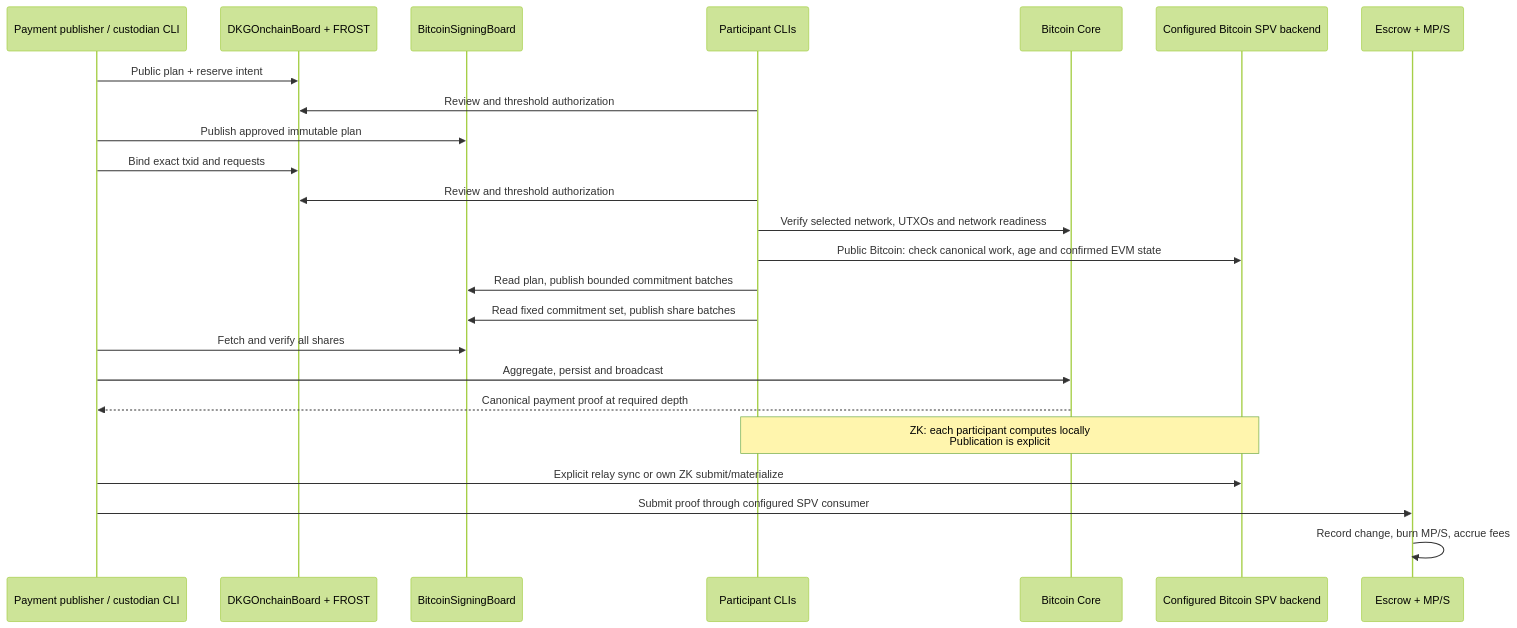
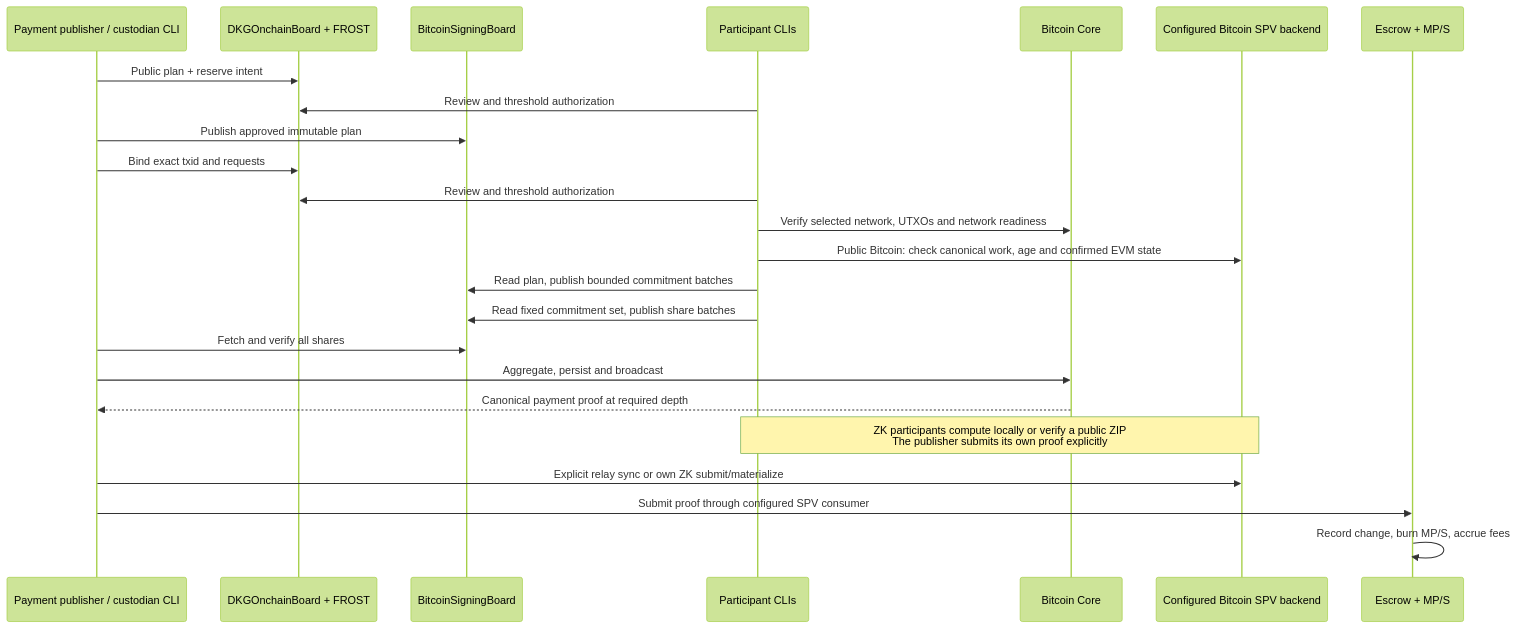
Before and after one commit to SergeyBelets/SatFiSetup: the second of 8 diagrams in docs/ARCHITECTURE.md, drawn with Mermaid (forest theme). The commit also changed other lines of this file and 3468 other files, not shown here.

````diff
--- a/docs/ARCHITECTURE.md
+++ b/docs/ARCHITECTURE.md
@@ -148,28 +156,28 @@
 ```mermaid
 sequenceDiagram
   accTitle: SatoshiFi architecture 2
   accDescr: Implemented component relationships; network and authorization boundaries remain explicit.
   participant O as Payment publisher / custodian CLI
   participant D as DKGOnchainBoard + FROST
   participant B as BitcoinSigningBoard
   participant P as Participant CLIs
   participant C as Bitcoin Core
   participant R as Configured Bitcoin SPV backend
   participant E as Escrow + MP/S
   O->>D: Public plan + reserve intent
   P->>D: Review and threshold authorization
   O->>B: Publish approved immutable plan
   O->>D: Bind exact txid and requests
   P->>D: Review and threshold authorization
   P->>C: Verify selected network, UTXOs and network readiness
   P->>R: Public Bitcoin: check canonical work, age and confirmed EVM state
   P->>B: Read plan, publish bounded commitment batches
   P->>B: Read fixed commitment set, publish share batches
   O->>B: Fetch and verify all shares
   O->>C: Aggregate, persist and broadcast
   C-->>O: Canonical payment proof at required depth
-  Note over P,R: ZK: each participant computes locally<br/>Publication is explicit
+  Note over P,R: ZK participants compute locally or verify a public ZIP<br/>The publisher submits its own proof explicitly
   O->>R: Explicit relay sync or own ZK submit/materialize
   O->>E: Submit proof through configured SPV consumer
   E->>E: Record change, burn MP/S, accrue fees
 ```
````
